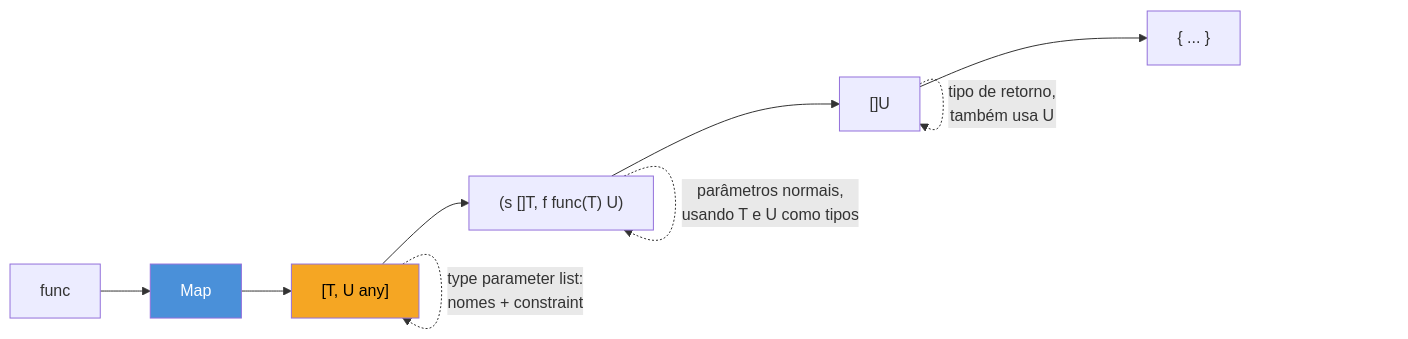
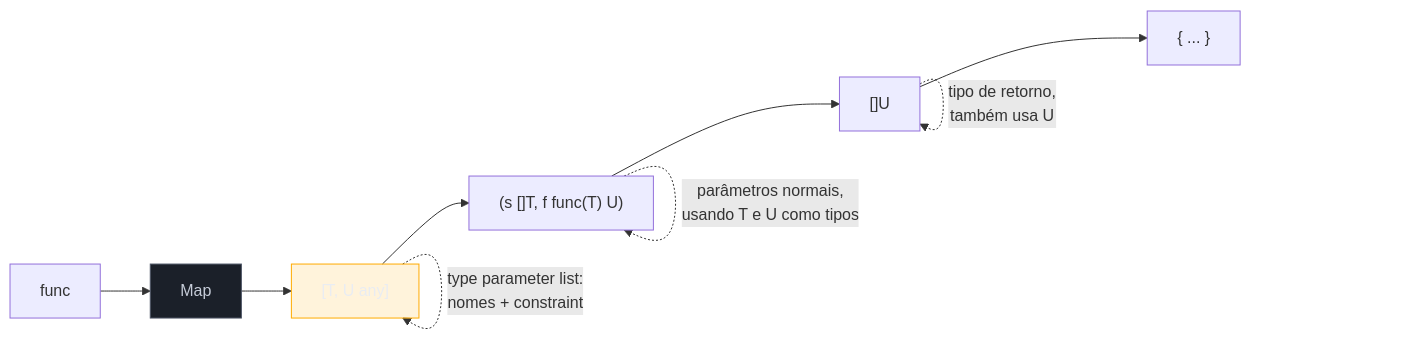
The first of 2 diagrams in 03-Dominios/Tecnologia/Go/06 - Generics/02 - Type parameters — a sintaxe.md (josenaldo/codex-technomanticus), drawn with Mermaid before and after one commit. The commit also changed 1181 other files, not shown here.

First line of the commit message:
fix(diagramas): paleta do sistema no lugar de cor cravada no markdown

````diff
--- a/03-Dominios/Tecnologia/Go/06 - Generics/02 - Type parameters — a sintaxe.md
+++ b/03-Dominios/Tecnologia/Go/06 - Generics/02 - Type parameters — a sintaxe.md
@@ -56,15 +56,17 @@
 ```mermaid
 flowchart LR
+    classDef destaque fill:#FFAA0024,stroke:#FFAA00,color:#E9ECF2
+    classDef neutro fill:#1B2029,stroke:#4E5666,color:#C6CCD8
     A["func"] --> B["Map"]
     B --> C["[T, U any]"]
     C --> D["(s []T, f func(T) U)"]
     D --> E["[]U"]
     E --> F["{ ... }"]
 
     C -.->|"type parameter list:\nnomes + constraint"| C
     D -.->|"parâmetros normais,\nusando T e U como tipos"| D
     E -.->|"tipo de retorno,\ntambém usa U"| E
 
-    style C fill:#F5A623,color:#000
-    style B fill:#4A90D9,color:#fff
+    class C destaque
+    class B neutro
 ```
````
